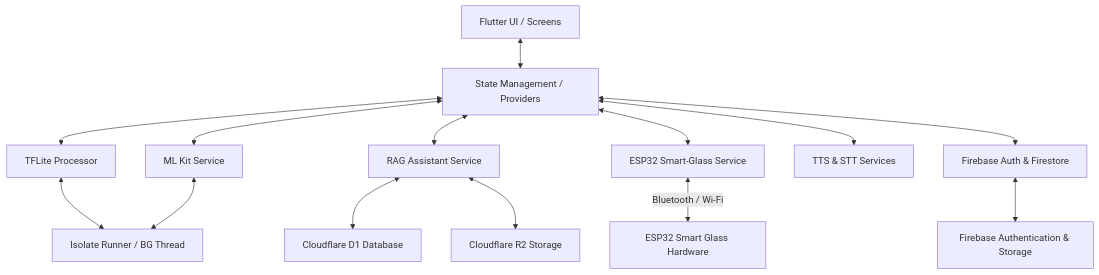
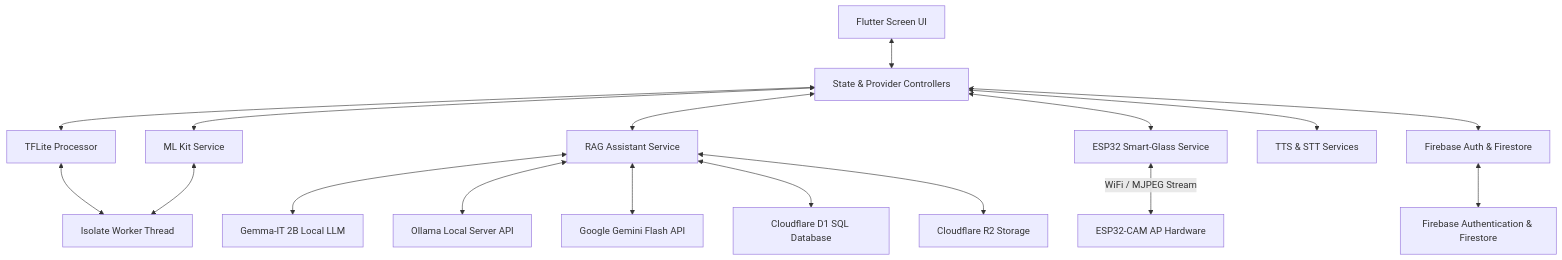
The first of 2 diagrams in docs/ARCHITECTURE.md (Thes-IS-IT/Easylens), drawn with Mermaid before and after one commit. The commit also changed other lines of this file, not shown here.

Commit message:
docs: expand architecture documentation with detailed LLM, storage, and hardware specifications

````diff
--- a/docs/ARCHITECTURE.md
+++ b/docs/ARCHITECTURE.md
@@ -13,25 +11,30 @@
 ```mermaid
 graph TD
     %% User Interface
-    UI[Flutter UI / Screens] <--> Providers[State Management / Providers]
+    UI[Flutter Screen UI] <--> Providers[State & Provider Controllers]
     
-    %% Services and Core Controllers
+    %% Controllers and Services
     Providers <--> MLKitService[ML Kit Service]
     Providers <--> TFLiteService[TFLite Processor]
     Providers <--> RAGService[RAG Assistant Service]
     Providers <--> ESP32Service[ESP32 Smart-Glass Service]
     Providers <--> AudioService[TTS & STT Services]
     Providers <--> FirebaseService[Firebase Auth & Firestore]
     
-    %% Background Runners
-    TFLiteService <--> IsolateRunner[Isolate Runner / BG Thread]
+    %% Background Work Isolation
+    TFLiteService <--> IsolateRunner[Isolate Worker Thread]
     MLKitService <--> IsolateRunner
     
+    %% Local Inference Models
+    RAGService <--> GemmaOffline[Gemma-IT 2B Local LLM]
+    RAGService <--> OllamaLocal[Ollama Local Server API]
+    RAGService <--> GeminiAPI[Google Gemini Flash API]
+    
     %% Edge Hardware
-    ESP32Service <--> |Bluetooth / Wi-Fi| ESP32[ESP32 Smart Glass Hardware]
+    ESP32Service <--> |WiFi / MJPEG Stream| ESP32[ESP32-CAM AP Hardware]
     
     %% Cloud / Databases
-    RAGService <--> CloudflareD1[Cloudflare D1 Database]
+    RAGService <--> CloudflareD1[Cloudflare D1 SQL Database]
     RAGService <--> CloudflareR2[Cloudflare R2 Storage]
-    FirebaseService <--> FirebaseCloud[Firebase Authentication & Storage]
+    FirebaseService <--> FirebaseCloud[Firebase Authentication & Firestore]
 ```
````
